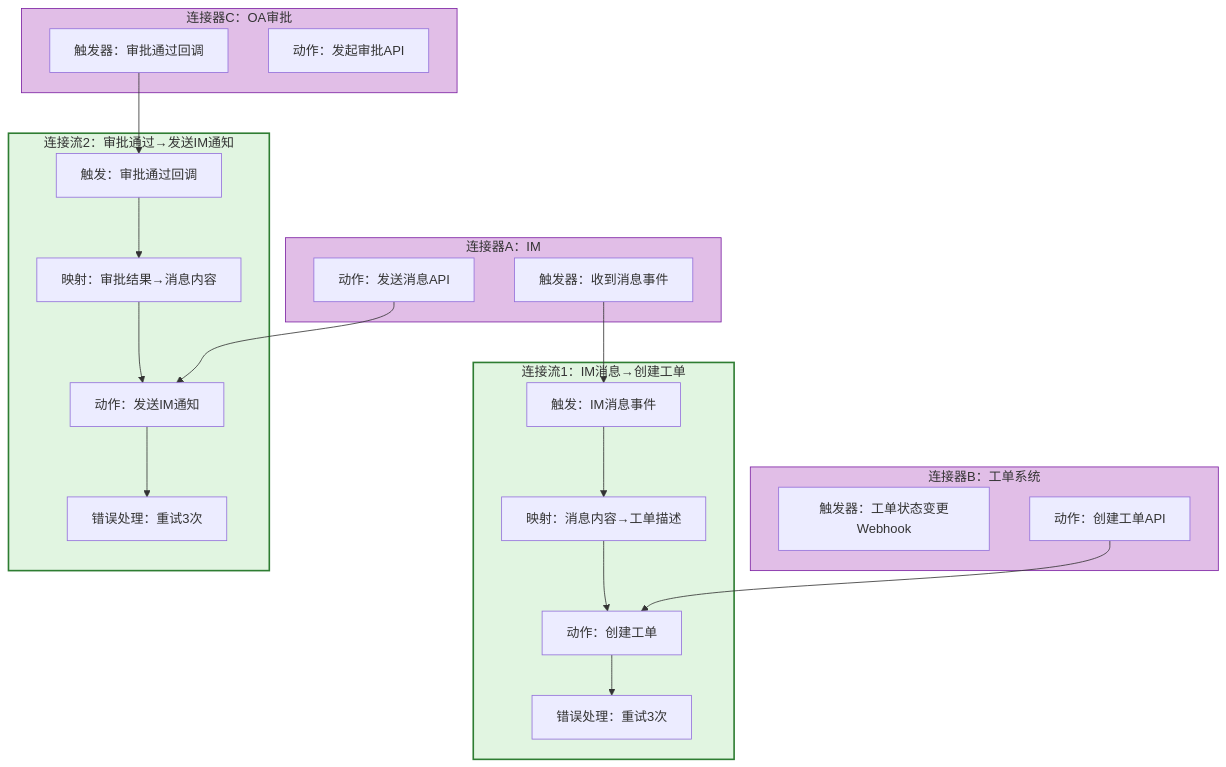
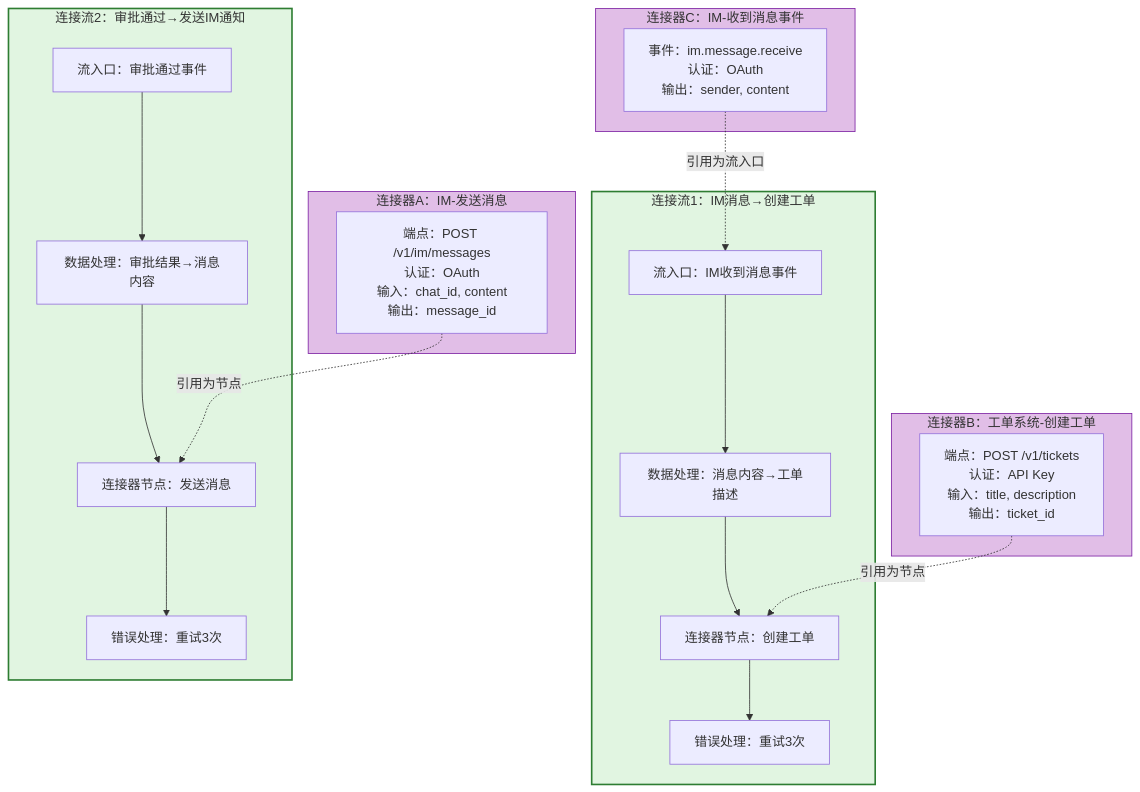
One commit to THZSummer/open-app changed diagram 13 of 14 in .sddu/specs-tree-root/specs-tree-connector-platform/discovery-report.md. Above: the diagram before and after it, drawn with Mermaid. The commit also changed other lines of this file, not shown here.

Commit message:
fix: 全文对齐新概念模型——3.2旧图/5.2关系图/3.4触发归属/4.2需求/5.1时序图/6.2对标/6.4参照/8.1假设全面更新

````diff
--- a/.sddu/specs-tree-root/specs-tree-connector-platform/discovery-report.md
+++ b/.sddu/specs-tree-root/specs-tree-connector-platform/discovery-report.md
@@ -577,40 +575,36 @@
 ```mermaid
 flowchart TB
-    subgraph Conn1["连接器A：IM"]
-        CT1[触发器：收到消息事件]
-        CA1[动作：发送消息API]
+    subgraph Conn1["连接器A：IM-发送消息"]
+        CEp1["端点：POST /v1/im/messages<br/>认证：OAuth<br/>输入：chat_id, content<br/>输出：message_id"]
     end
-    
-    subgraph Conn2["连接器B：工单系统"]
-        CT2[触发器：工单状态变更Webhook]
-        CA2[动作：创建工单API]
+
+    subgraph Conn2["连接器B：工单系统-创建工单"]
+        CEp2["端点：POST /v1/tickets<br/>认证：API Key<br/>输入：title, description<br/>输出：ticket_id"]
     end
-    
-    subgraph Conn3["连接器C：OA审批"]
-        CT3[触发器：审批通过回调]
-        CA3[动作：发起审批API]
+
+    subgraph Conn3["连接器C：IM-收到消息事件"]
+        CEp3["事件：im.message.receive<br/>认证：OAuth<br/>输出：sender, content"]
     end
     
     subgraph Flow1["连接流1：IM消息→创建工单"]
-        F1_Start[触发：IM消息事件] --> F1_Map1[映射：消息内容→工单描述]
-        F1_Map1 --> F1_Action[动作：创建工单]
+        F1_Start[流入口：IM收到消息事件] --> F1_Map1[数据处理：消息内容→工单描述]
+        F1_Map1 --> F1_Action[连接器节点：创建工单]
         F1_Action --> F1_Error[错误处理：重试3次]
     end
     
     subgraph Flow2["连接流2：审批通过→发送IM通知"]
-        F2_Start[触发：审批通过回调] --> F2_Map1[映射：审批结果→消息内容]
-        F2_Map1 --> F2_Action[动作：发送IM通知]
+        F2_Start[流入口：审批通过事件] --> F2_Map1[数据处理：审批结果→消息内容]
+        F2_Map1 --> F2_Action[连接器节点：发送消息]
         F2_Action --> F2_Error[错误处理：重试3次]
     end
     
-    CT1 --> F1_Start
-    CA2 --> F1_Action
-    CT3 --> F2_Start
-    CA1 --> F2_Action
+    CEp3 -.->|引用为流入口| F1_Start
+    CEp2 -.->|引用为节点| F1_Action
+    CEp1 -.->|引用为节点| F2_Action
     
     style Flow1 fill:#e1f5e1,stroke:#2e7d32,stroke-width:2px
     style Flow2 fill:#e1f5e1,stroke:#2e7d32,stroke-width:2px
     style Conn1 fill:#e1bee7,stroke:#7b1fa2
     style Conn2 fill:#e1bee7,stroke:#7b1fa2
     style Conn3 fill:#e1bee7,stroke:#7b1fa2
 ```
````
